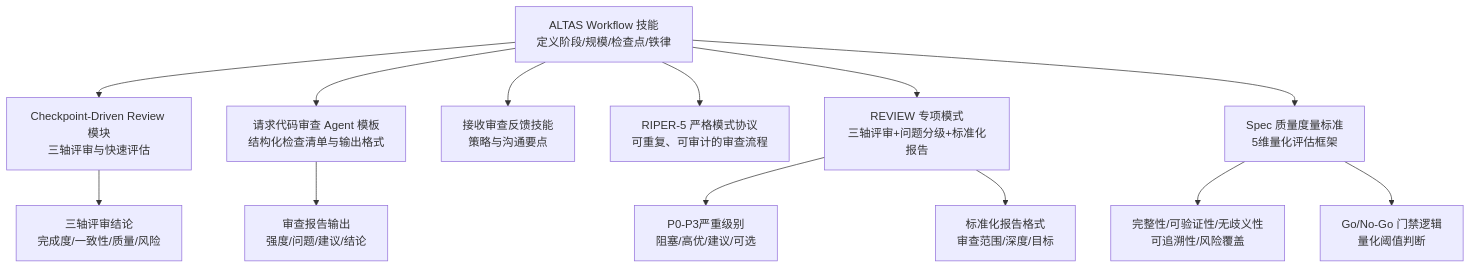
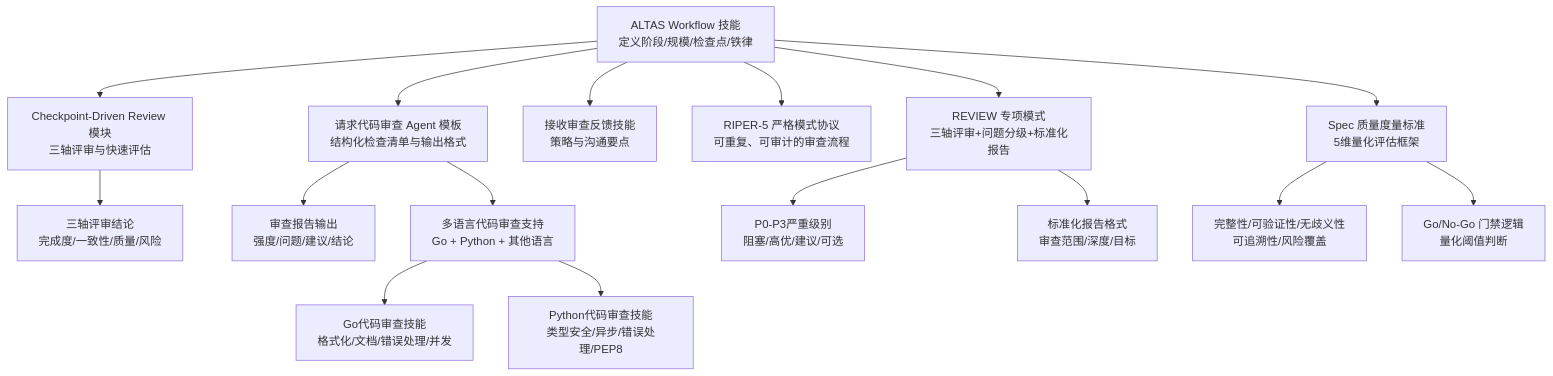
One commit to AngelWings1997/altas changed the first of 10 diagrams in .qoder/repowiki/zh/content/超级能力模块/代码审查流程/代码审查流程.md. Above: the diagram before and after it, drawn with Mermaid. The commit also changed other lines of this file and 10 other files, not shown here.

````diff
--- a/.qoder/repowiki/zh/content/超级能力模块/代码审查流程/代码审查流程.md
+++ b/.qoder/repowiki/zh/content/超级能力模块/代码审查流程/代码审查流程.md
@@ -58,15 +68,18 @@
 ```mermaid
 graph TB
 A["ALTAS Workflow 技能<br/>定义阶段/规模/检查点/铁律"] --> B["Checkpoint-Driven Review 模块<br/>三轴评审与快速评估"]
 A --> C["请求代码审查 Agent 模板<br/>结构化检查清单与输出格式"]
 A --> D["接收审查反馈技能<br/>策略与沟通要点"]
 A --> E["RIPER-5 严格模式协议<br/>可重复、可审计的审查流程"]
 A --> F["REVIEW 专项模式<br/>三轴评审+问题分级+标准化报告"]
 A --> G["Spec 质量度量标准<br/>5维量化评估框架"]
 C --> H["审查报告输出<br/>强度/问题/建议/结论"]
 B --> I["三轴评审结论<br/>完成度/一致性/质量/风险"]
 F --> J["P0-P3严重级别<br/>阻塞/高优/建议/可选"]
 F --> K["标准化报告格式<br/>审查范围/深度/目标"]
 G --> L["完整性/可验证性/无歧义性<br/>可追溯性/风险覆盖"]
 G --> M["Go/No-Go 门禁逻辑<br/>量化阈值判断"]
+C --> N["多语言代码审查支持<br/>Go + Python + 其他语言"]
+N --> O["Go代码审查技能<br/>格式化/文档/错误处理/并发"]
+N --> P["Python代码审查技能<br/>类型安全/异步/错误处理/PEP8"]
 ```
````
